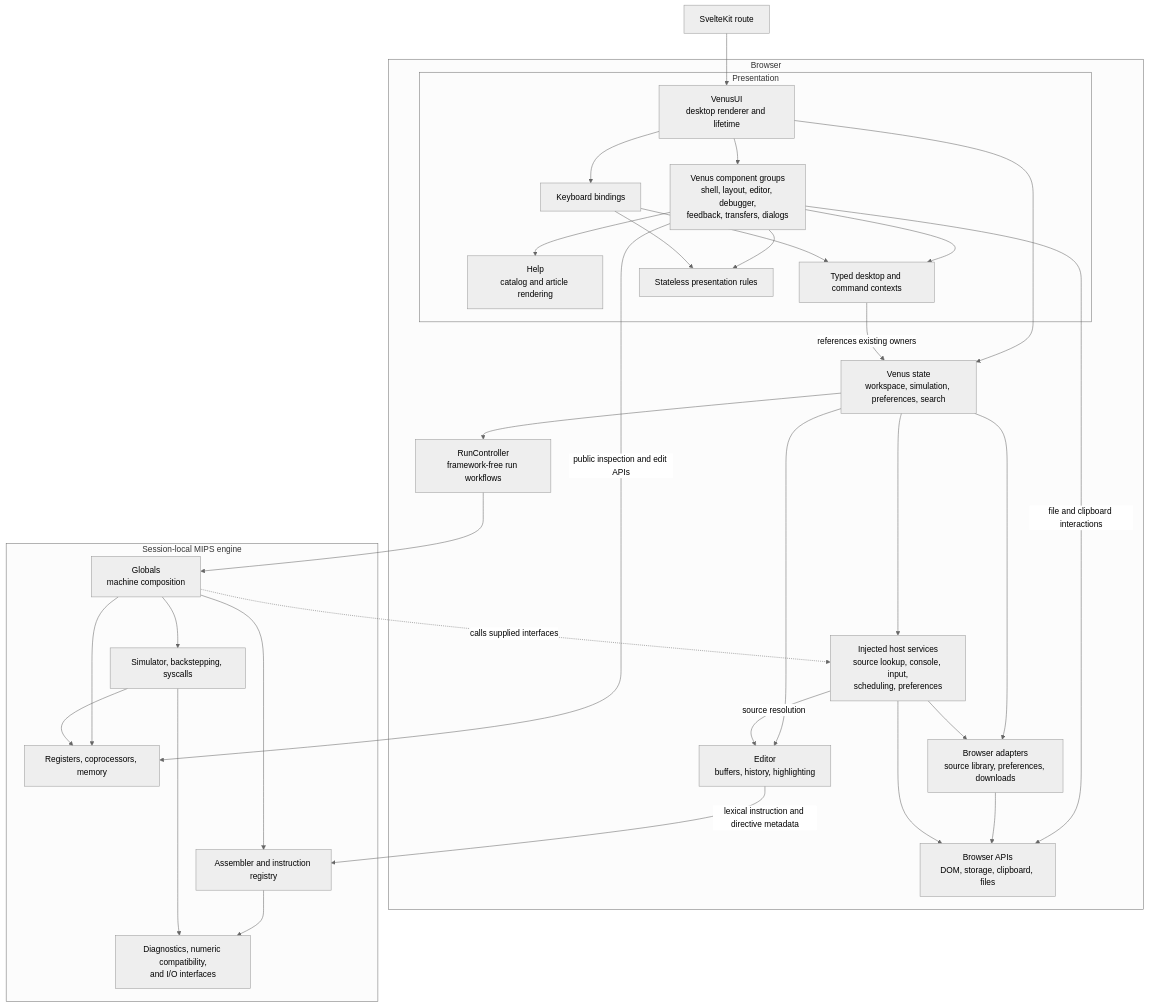
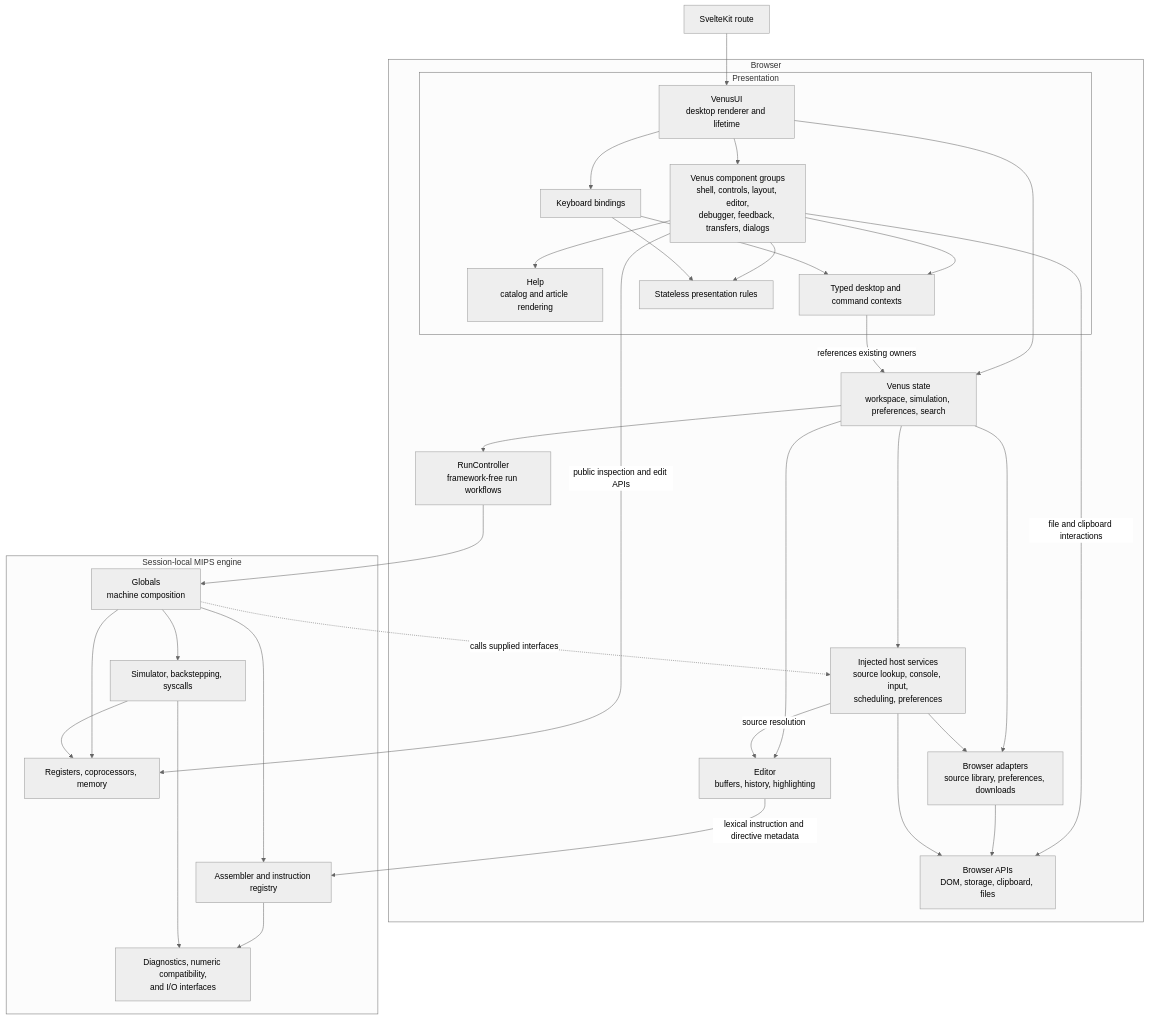
Before and after one commit to awpala/MARS-ts: the diagram in src/lib/README.md, drawn with Mermaid (neutral theme). The commit also changed other lines of this file and 39 other files, not shown here.

Commit message:
refactor: extract generic UI control and layout components

````diff
--- a/src/lib/README.md
+++ b/src/lib/README.md
@@ -13,49 +13,49 @@
 ```mermaid
 flowchart TB
     Route["SvelteKit route"]
 
     subgraph BrowserRuntime["Browser"]
         subgraph Presentation["Presentation"]
             Root["VenusUI<br/>desktop renderer and lifetime"]
-            Root --> Components["Venus component groups<br/>shell, layout, editor, debugger,<br/>feedback, transfers, dialogs"]
+            Root --> Components["Venus component groups<br/>shell, controls, layout, editor,<br/>debugger, feedback, transfers, dialogs"]
             Components --> Help["Help<br/>catalog and article rendering"]
             Components --> Context["Typed desktop and command contexts"]
             Hooks["Keyboard bindings"] --> Context
             Root --> Hooks
             Components --> Utilities["Stateless presentation rules"]
             Hooks --> Utilities
         end
 
         Root --> State["Venus state<br/>workspace, simulation, preferences, search"]
         Context -->|references existing owners| State
         State --> Editor["Editor<br/>buffers, history, highlighting"]
         State --> Controller["RunController<br/>framework-free run workflows"]
         State --> Browser["Browser adapters<br/>source library, preferences, downloads"]
         Components -->|file and clipboard interactions| Platform["Browser APIs<br/>DOM, storage, clipboard, files"]
         Browser --> Platform
         State --> Host["Injected host services<br/>source lookup, console, input,<br/>scheduling, preferences"]
         Host --> Platform
         Host -->|source resolution| Editor
         Host --> Browser
     end
 
     subgraph Machine["Session-local MIPS engine"]
         Globals["Globals<br/>machine composition"]
         Assembly["Assembler and instruction registry"]
         Hardware["Registers, coprocessors, memory"]
         Simulation["Simulator, backstepping, syscalls"]
         Contracts["Diagnostics, numeric compatibility,<br/>and I/O interfaces"]
         Globals --> Assembly
         Globals --> Hardware
         Globals --> Simulation
         Assembly --> Contracts
         Simulation --> Hardware
         Simulation --> Contracts
     end
 
     Route --> Root
     Controller --> Globals
     Components -->|public inspection and edit APIs| Hardware
     Editor -->|lexical instruction and directive metadata| Assembly
     Globals -.->|calls supplied interfaces| Host
 ```
````
